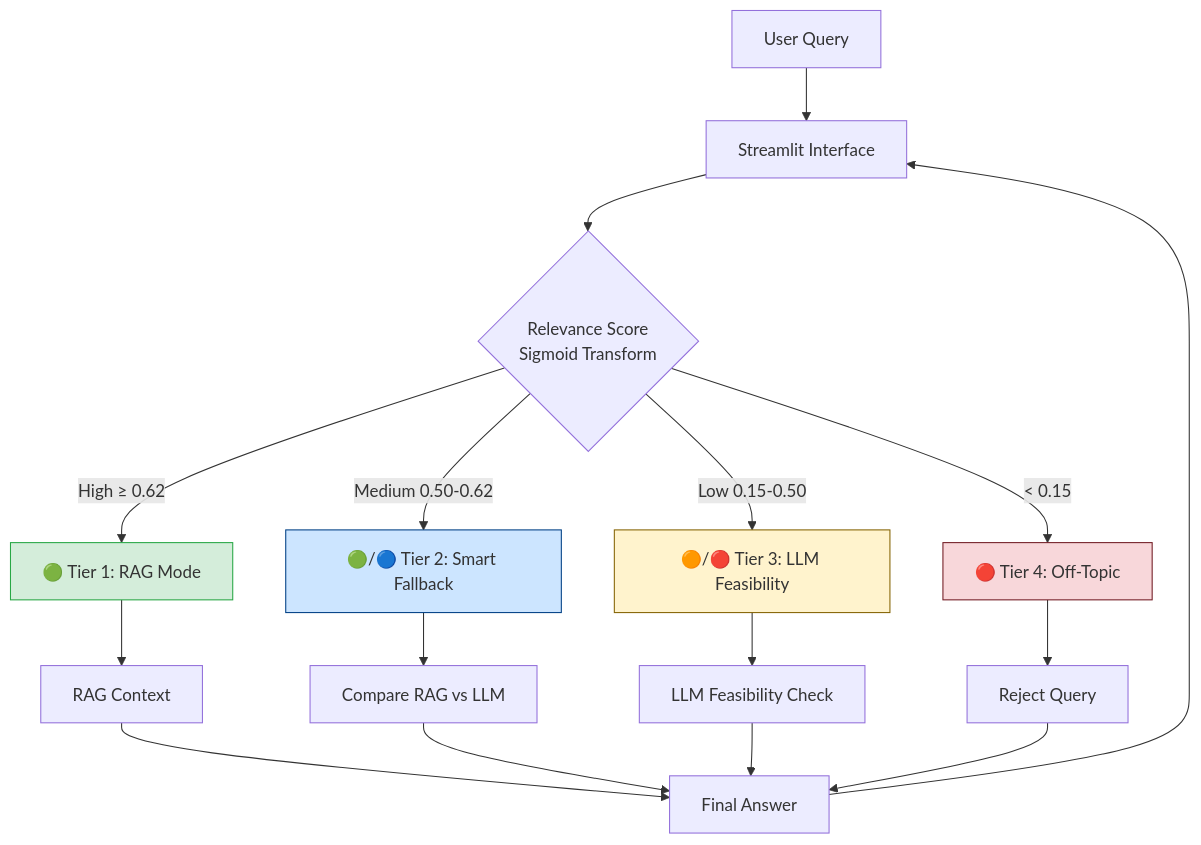
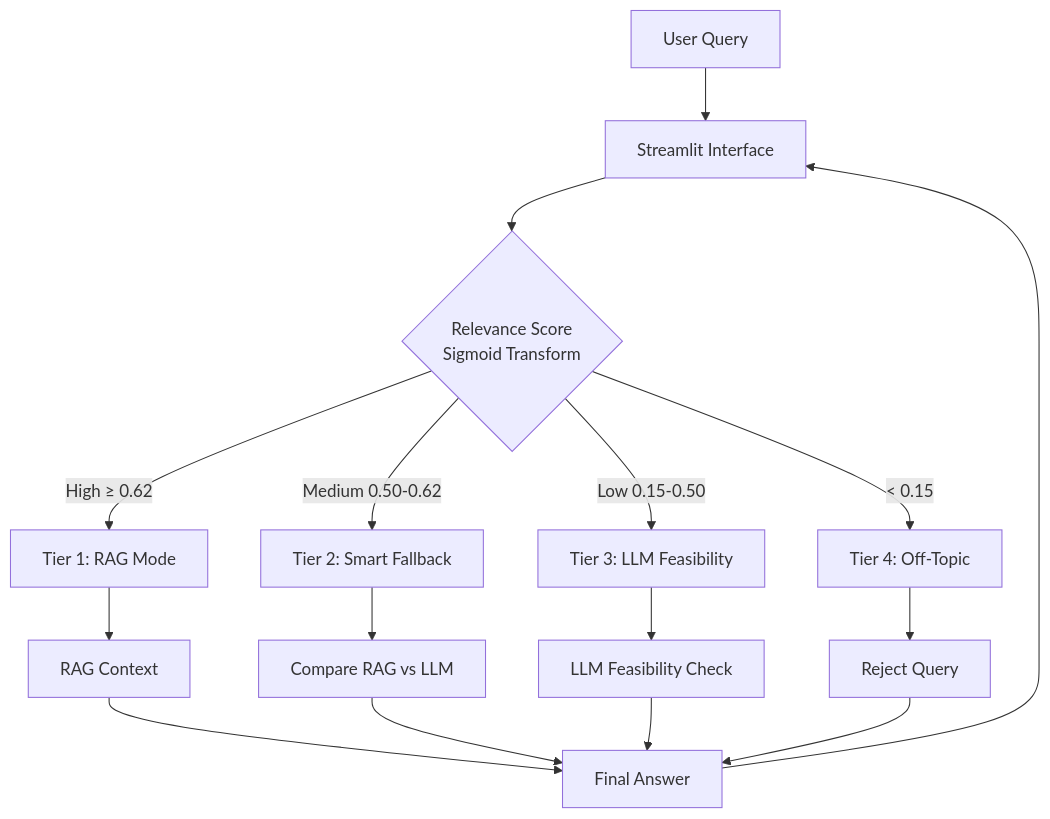
Before and after one commit to ChangYeongJeong1103/trading-advisor: the diagram in README.md, drawn with Mermaid. The commit also changed other lines of this file and 298 other files, not shown here.

````diff
--- a/README.md
+++ b/README.md
@@ -35,26 +61,21 @@
 ```mermaid
 graph TD
     User[User Query] --> UI[Streamlit Interface]
     UI --> Scorer{Relevance Score<br/>Sigmoid Transform}
-    
-    Scorer -->|High ≥ 0.62| Tier1[🟢 Tier 1: RAG Mode]
-    Scorer -->|Medium 0.50-0.62| Tier2[🟢/🔵 Tier 2: Smart Fallback]
-    Scorer -->|Low 0.15-0.50| Tier3[🟠/🔴 Tier 3: LLM Feasibility]
-    Scorer -->|< 0.15| Tier4[🔴 Tier 4: Off-Topic]
-    
+
+    Scorer -->|High ≥ 0.62| Tier1[Tier 1: RAG Mode]
+    Scorer -->|Medium 0.50-0.62| Tier2[Tier 2: Smart Fallback]
+    Scorer -->|Low 0.15-0.50| Tier3[Tier 3: LLM Feasibility]
+    Scorer -->|< 0.15| Tier4[Tier 4: Off-Topic]
+
     Tier1 --> RAG[RAG Context]
     Tier2 --> Compare[Compare RAG vs LLM]
     Tier3 --> Check[LLM Feasibility Check]
     Tier4 --> Reject[Reject Query]
-    
+
     RAG --> Answer[Final Answer]
     Compare --> Answer
     Check --> Answer
     Reject --> Answer
     Answer --> UI
-    
-    style Tier1 fill:#d4edda,stroke:#28a745
-    style Tier2 fill:#cce5ff,stroke:#004085
-    style Tier3 fill:#fff3cd,stroke:#856404
-    style Tier4 fill:#f8d7da,stroke:#721c24
 ```
````
